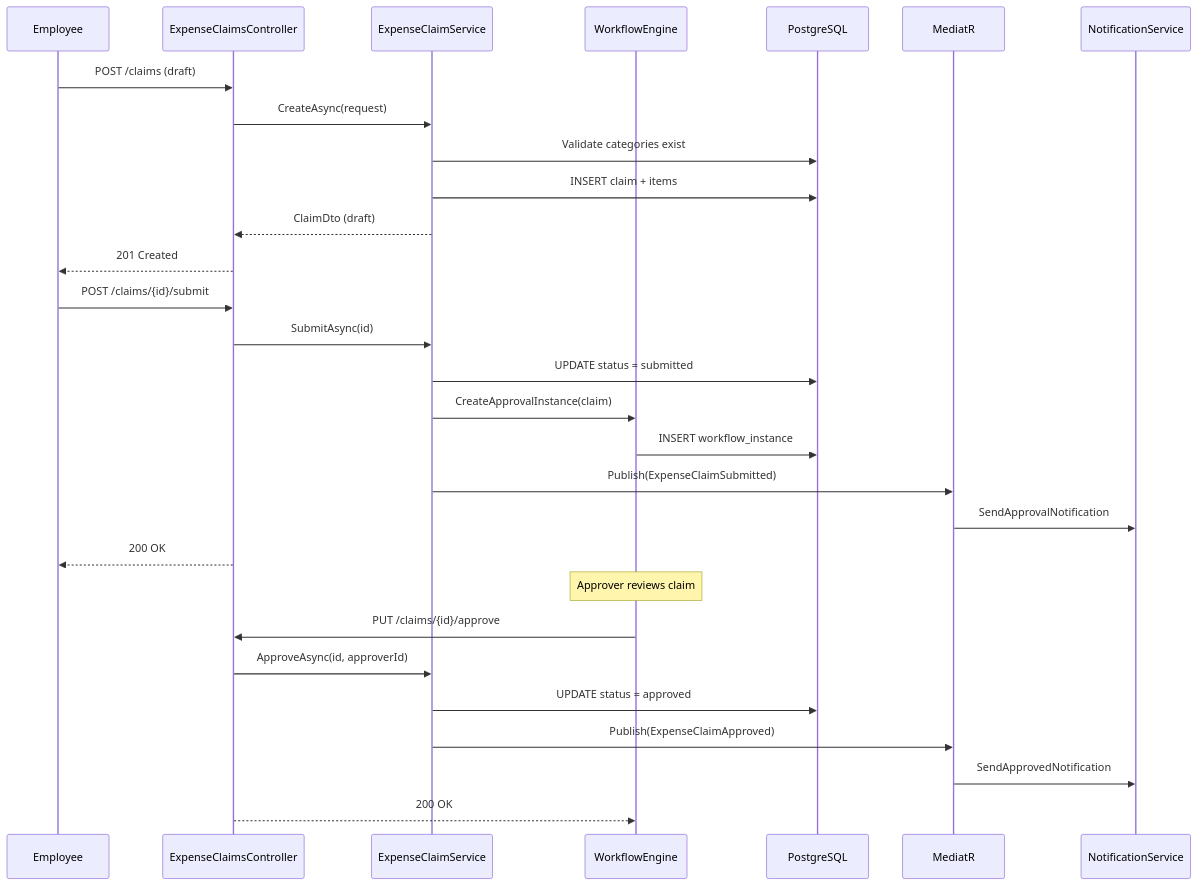
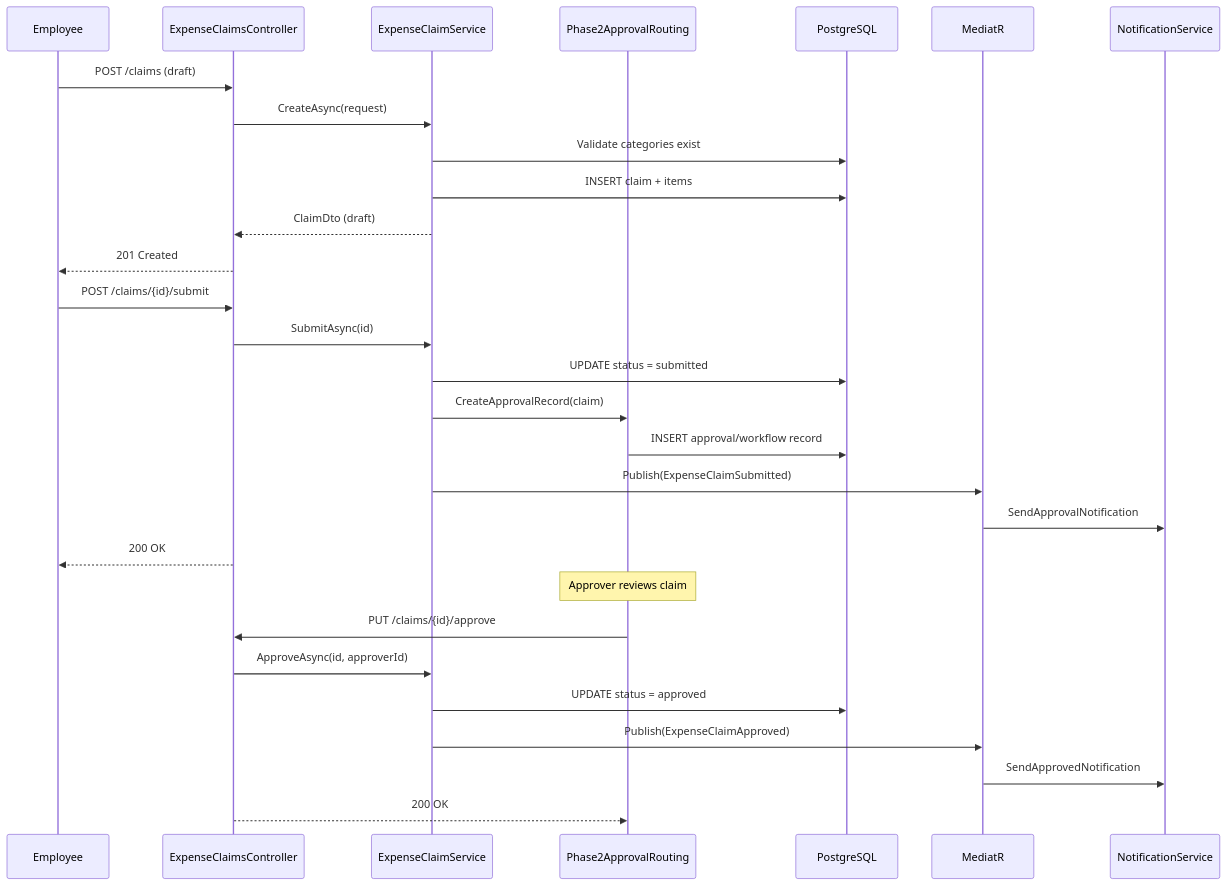
The diagram in modules/expense/expense-claims/end-to-end-logic.md (Thivaharan-25/OneVo-HR), drawn with Mermaid before and after one commit. The commit also changed other lines of this file and 828 other files, not shown here.

````diff
--- a/modules/expense/expense-claims/end-to-end-logic.md
+++ b/modules/expense/expense-claims/end-to-end-logic.md
@@ -110,35 +110,35 @@
 ```mermaid
 sequenceDiagram
     participant Employee
     participant Controller as ExpenseClaimsController
     participant Service as ExpenseClaimService
-    participant Workflow as WorkflowEngine
+    participant Approval as Phase2ApprovalRouting
     participant DB as PostgreSQL
     participant Events as MediatR
     participant Notify as NotificationService
 
     Employee->>Controller: POST /claims (draft)
     Controller->>Service: CreateAsync(request)
     Service->>DB: Validate categories exist
     Service->>DB: INSERT claim + items
     Service-->>Controller: ClaimDto (draft)
     Controller-->>Employee: 201 Created
 
     Employee->>Controller: POST /claims/{id}/submit
     Controller->>Service: SubmitAsync(id)
     Service->>DB: UPDATE status = submitted
-    Service->>Workflow: CreateApprovalInstance(claim)
-    Workflow->>DB: INSERT workflow_instance
+    Service->>Approval: CreateApprovalRecord(claim)
+    Approval->>DB: INSERT approval/workflow record
     Service->>Events: Publish(ExpenseClaimSubmitted)
     Events->>Notify: SendApprovalNotification
     Controller-->>Employee: 200 OK
 
-    Note over Workflow: Approver reviews claim
+    Note over Approval: Approver reviews claim
 
-    Workflow->>Controller: PUT /claims/{id}/approve
+    Approval->>Controller: PUT /claims/{id}/approve
     Controller->>Service: ApproveAsync(id, approverId)
     Service->>DB: UPDATE status = approved
     Service->>Events: Publish(ExpenseClaimApproved)
     Events->>Notify: SendApprovedNotification
-    Controller-->>Workflow: 200 OK
+    Controller-->>Approval: 200 OK
 ```
````
